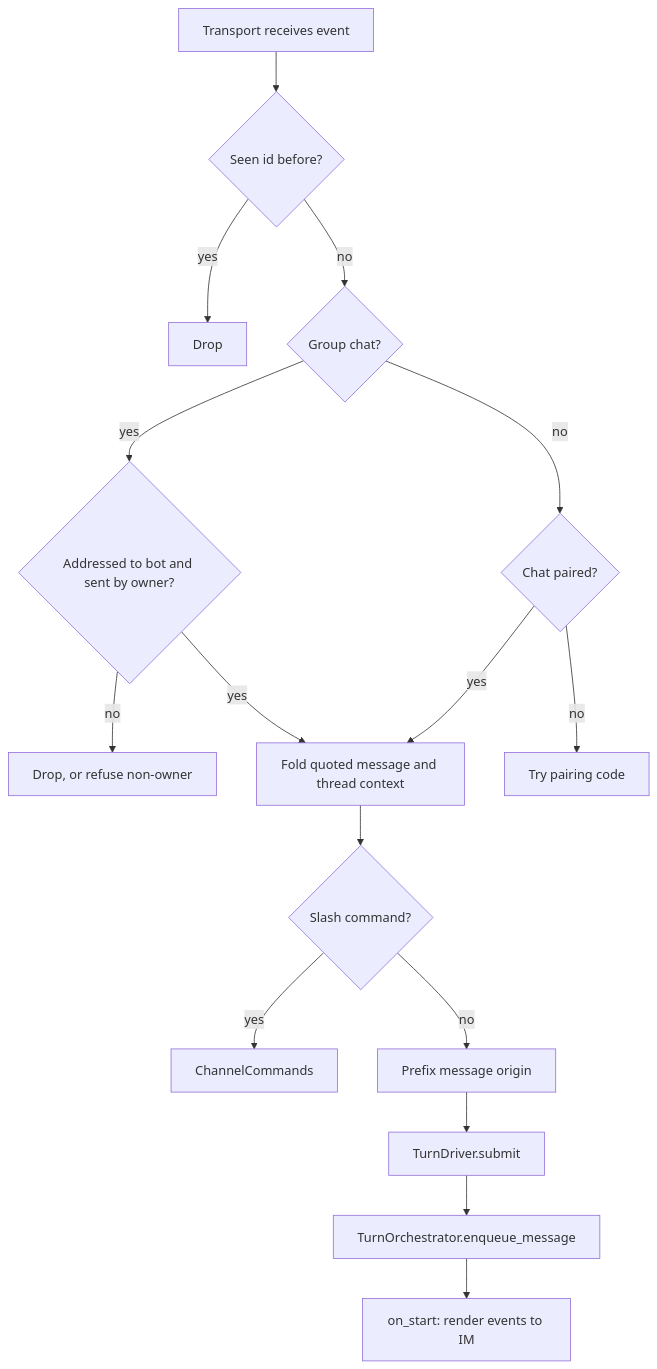
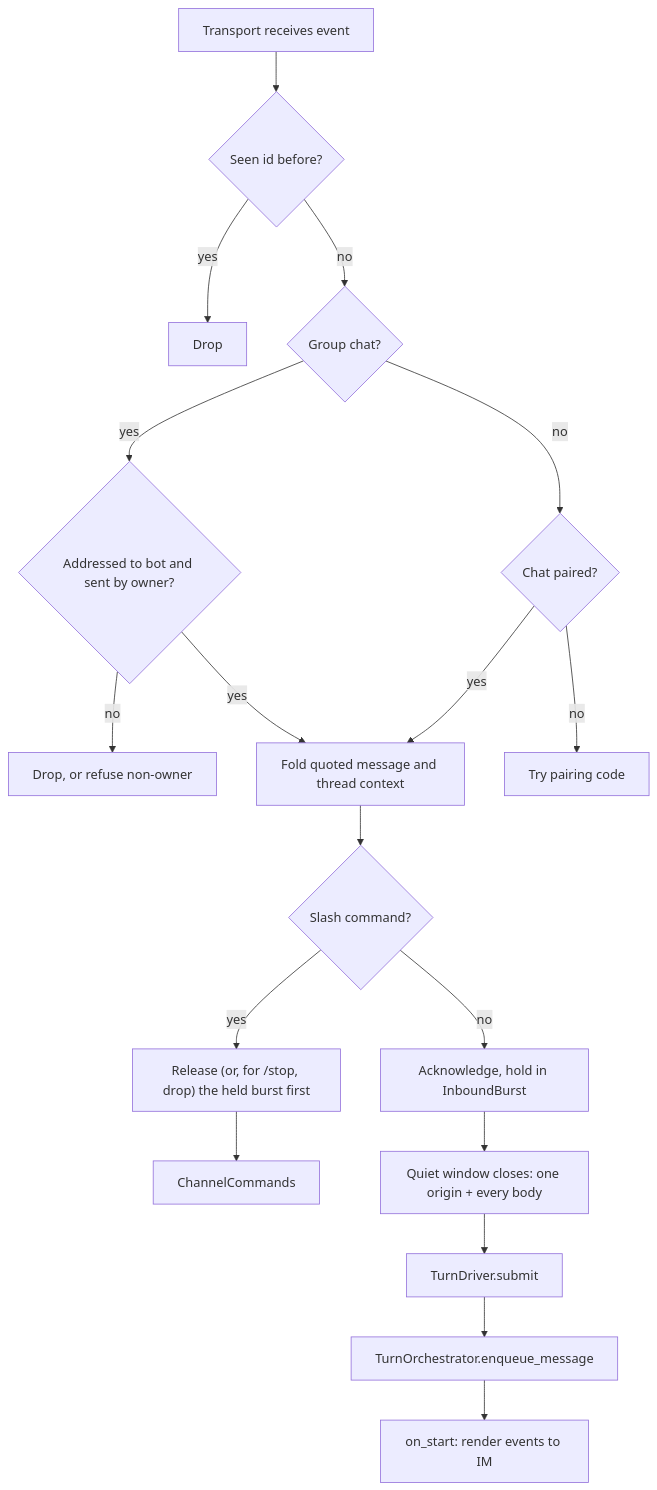
One commit to wyx-sg/Coffer changed the third of 3 diagrams in docs-site/architecture/chat.md. Above: the diagram before and after it, drawn with Mermaid. The commit also changed other lines of this file and 54 other files, not shown here.

First line of the commit message:
feat(channels): take a burst of messages as one turn, and open parallel threads in a direct chat

````diff
--- a/docs-site/architecture/chat.md
+++ b/docs-site/architecture/chat.md
@@ -294,18 +294,20 @@
 ```mermaid
 flowchart TD
     A["Transport receives event"] --> B{"Seen id before?"}
     B -- yes --> X["Drop"]
     B -- no --> C{"Group chat?"}
     C -- yes --> D{"Addressed to bot and sent by owner?"}
     D -- no --> X2["Drop, or refuse non-owner"]
     D -- yes --> F
     C -- no --> E{"Chat paired?"}
     E -- no --> P["Try pairing code"]
     E -- yes --> F["Fold quoted message and thread context"]
     F --> G{"Slash command?"}
-    G -- yes --> H["ChannelCommands"]
-    G -- no --> I["Prefix message origin"]
-    I --> J["TurnDriver.submit"]
+    H0 --> H["ChannelCommands"]
+    G -- yes --> H0["Release (or, for /stop, drop) the held burst first"]
+    G -- no --> I["Acknowledge, hold in InboundBurst"]
+    I --> I2["Quiet window closes: one origin + every body"]
+    I2 --> J["TurnDriver.submit"]
     J --> K["TurnOrchestrator.enqueue_message"]
     K --> L["on_start: render events to IM"]
 ```
````
